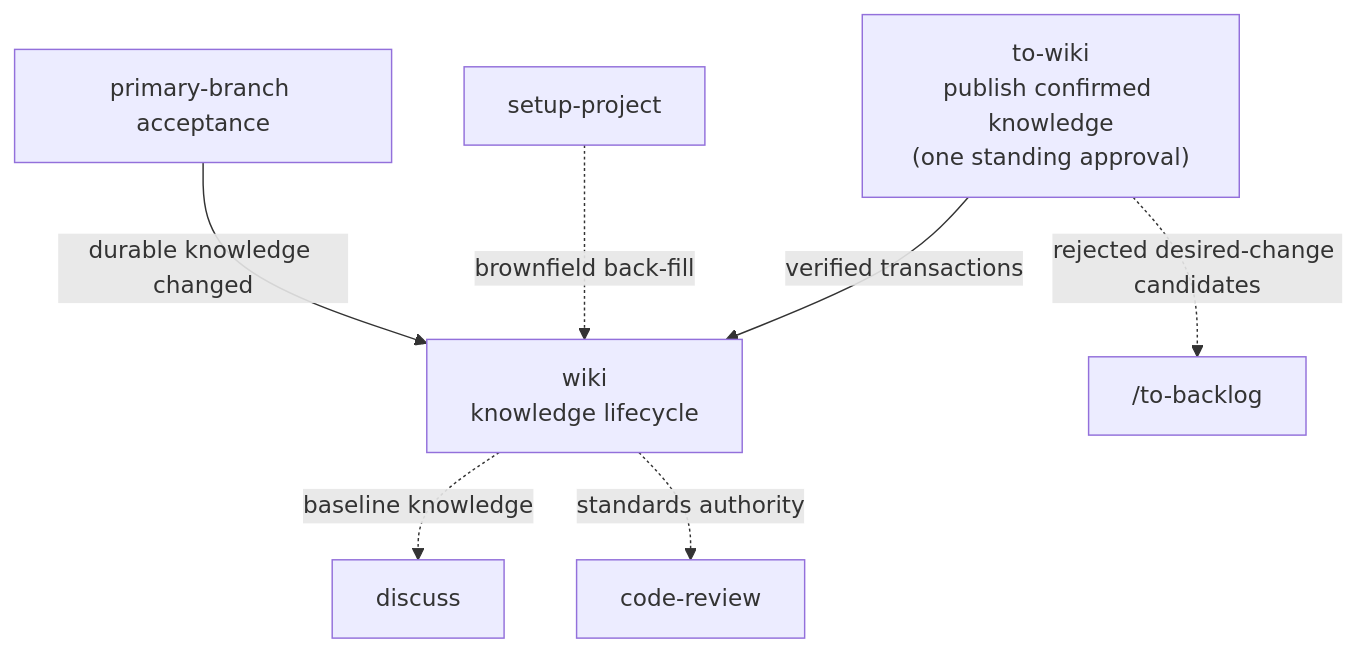
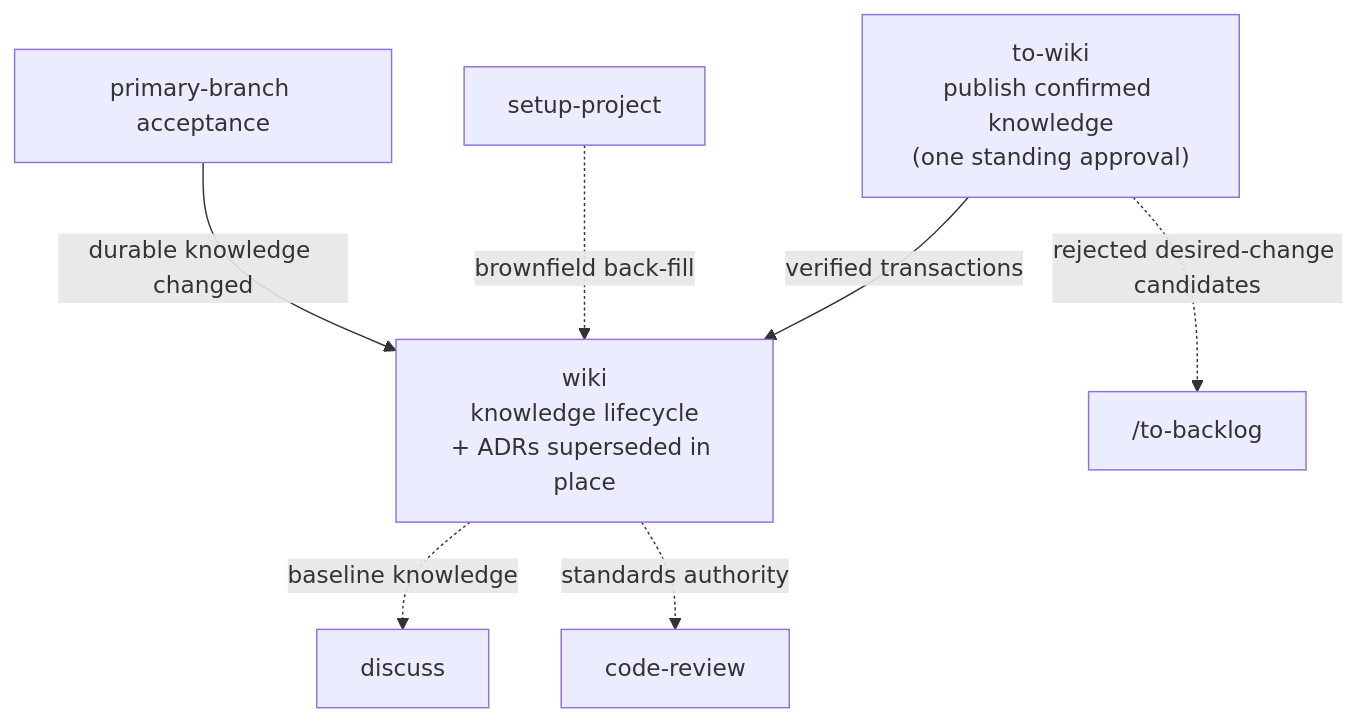
The fourth of 4 diagrams in README.md (beeltec/skills), drawn with Mermaid before and after one commit. The commit also changed other lines of this file and 21 other files, not shown here.

````diff
--- a/README.md
+++ b/README.md
@@ -73,10 +75,10 @@
 ```mermaid
 flowchart TD
     TW["to-wiki<br/>publish confirmed knowledge<br/>(one standing approval)"] -->|verified transactions| WK
     SP["setup-project"] -.->|brownfield back-fill| WK
     ACC["primary-branch acceptance"] -->|durable knowledge changed| WK
-    WK["wiki<br/>knowledge lifecycle"]
+    WK["wiki<br/>knowledge lifecycle<br/>+ ADRs superseded in place"]
     TW -.->|rejected desired-change candidates| TB["/to-backlog"]
     WK -.->|baseline knowledge| D["discuss"]
     WK -.->|standards authority| CR["code-review"]
 ```
````
